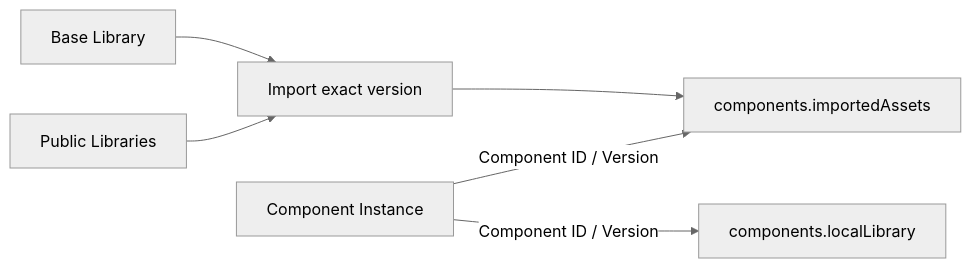
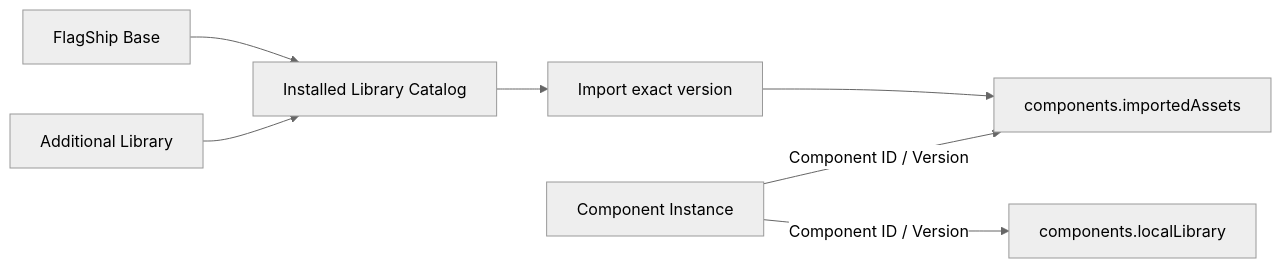
The third of 5 diagrams in docs/architecture/04-project-document-model.md (northwest-hcu/FlagShip), drawn with Mermaid (neutral theme) before and after one commit. The commit also changed other lines of this file and 24 other files, not shown here.

````diff
--- a/docs/architecture/04-project-document-model.md
+++ b/docs/architecture/04-project-document-model.md
@@ -401,9 +402,10 @@
 ```mermaid
 flowchart LR
-    Base["Base Library"] --> Import["Import exact version"]
-    Public["Public Libraries"] --> Import
+    Base["FlagShip Base"] --> Catalog["Installed Library Catalog"]
+    Public["Additional Library"] --> Catalog
+    Catalog --> Import["Import exact version"]
     Import --> Imported["components.importedAssets"]
     Local["components.localLibrary"]
     Instance["Component Instance"] -->|"Component ID / Version"| Imported
     Instance -->|"Component ID / Version"| Local
 ```
````
